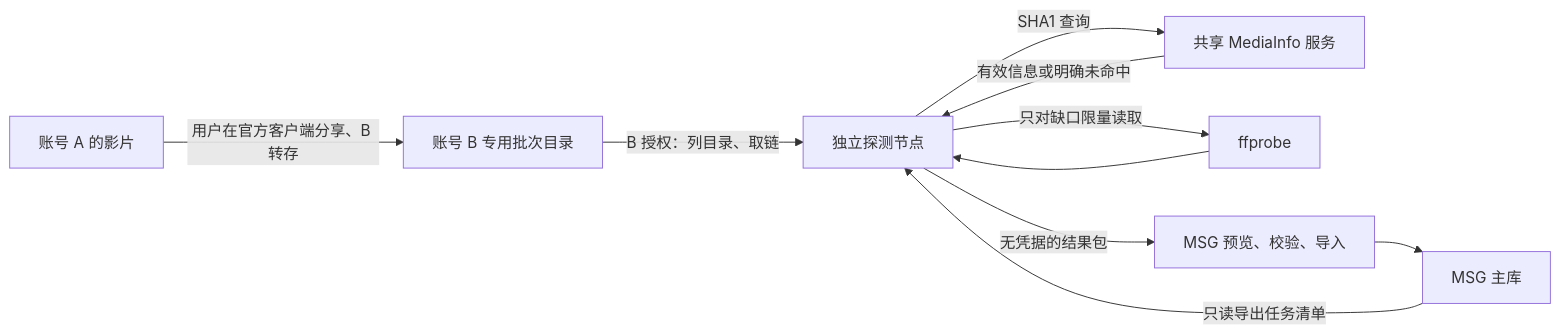
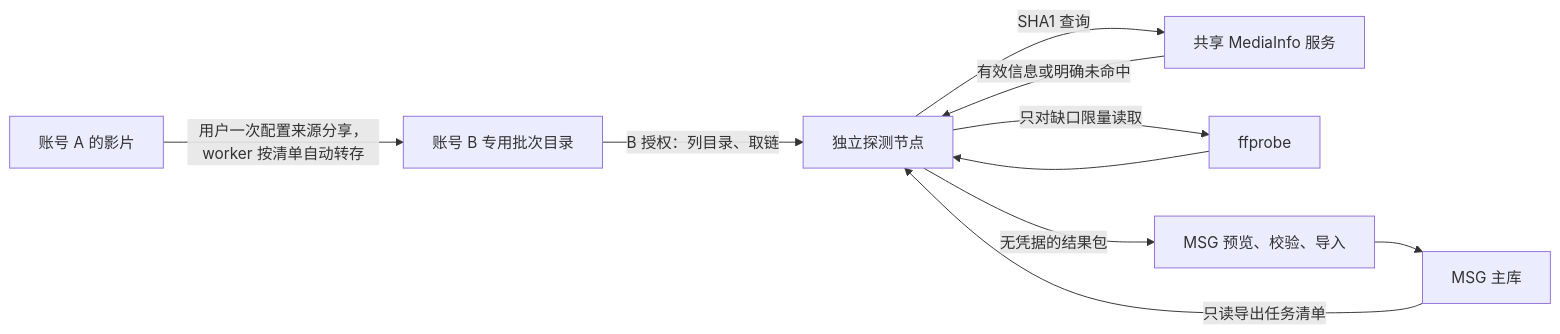
The diagram in docs/secondary-account-media-probe-design.md (timefunnel/MediaStationGo), drawn with Mermaid before and after one commit. The commit also changed other lines of this file and 15 other files, not shown here.

````diff
--- a/docs/secondary-account-media-probe-design.md
+++ b/docs/secondary-account-media-probe-design.md
@@ -34,12 +34,12 @@
 ```mermaid
 flowchart LR
-    A[账号 A 的影片] -->|用户在官方客户端分享、B 转存| B[账号 B 专用批次目录]
+    A[账号 A 的影片] -->|用户一次配置来源分享，worker 按清单自动转存| B[账号 B 专用批次目录]
     M[MSG 主库] -->|只读导出任务清单| W[独立探测节点]
     B -->|B 授权：列目录、取链| W
     W -->|SHA1 查询| C[共享 MediaInfo 服务]
     C -->|有效信息或明确未命中| W
     W -->|只对缺口限量读取| P[ffprobe]
     P --> W
     W -->|无凭据的结果包| I[MSG 预览、校验、导入]
     I --> M
 ```
````
